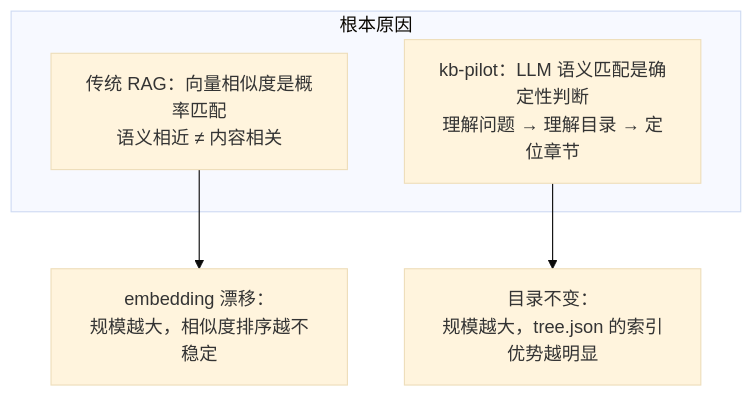
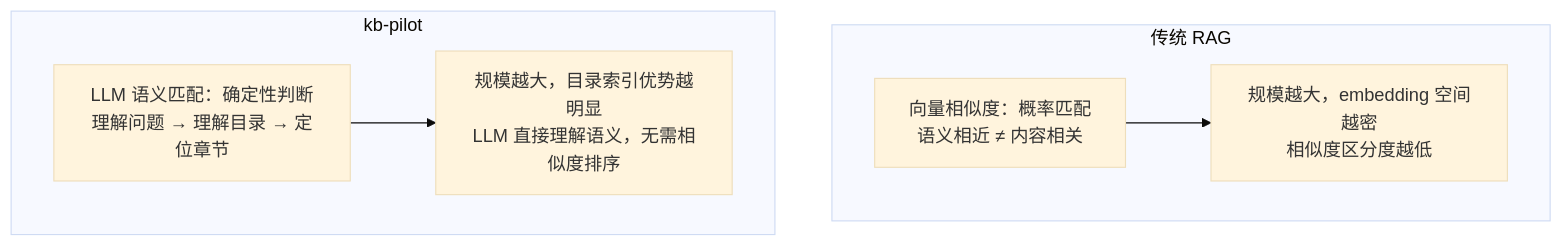
The second of 2 diagrams in docs/e2e-test-report.md (waylondev/kb-pilot), drawn with Mermaid (base theme) before and after one commit. The commit also changed other lines of this file, not shown here.

````diff
--- a/docs/e2e-test-report.md
+++ b/docs/e2e-test-report.md
@@ -273,10 +242,11 @@
 ```mermaid
 flowchart TD
-    subgraph 问题["根本原因"]
-        A["传统 RAG：向量相似度是概率匹配<br/>语义相近 ≠ 内容相关"]
-        B["kb-pilot：LLM 语义匹配是确定性判断<br/>理解问题 → 理解目录 → 定位章节"]
+    subgraph 传统["传统 RAG"]
+        A["向量相似度：概率匹配<br/>语义相近 ≠ 内容相关"]
+        A --> C["规模越大，embedding 空间越密<br/>相似度区分度越低"]
     end
-
-    A --> C["embedding 漂移：<br/>规模越大，相似度排序越不稳定"]
-    B --> D["目录不变：<br/>规模越大，tree.json 的索引优势越明显"]
+    subgraph kb["kb-pilot"]
+        B["LLM 语义匹配：确定性判断<br/>理解问题 → 理解目录 → 定位章节"]
+        B --> D["规模越大，目录索引优势越明显<br/>LLM 直接理解语义，无需相似度排序"]
+    end
 ```
````
